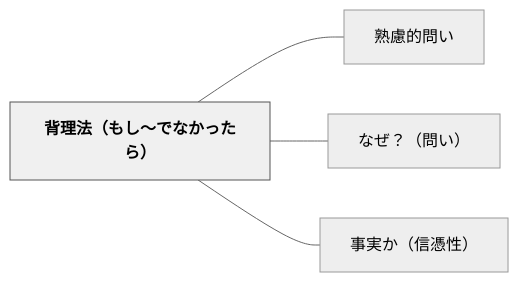
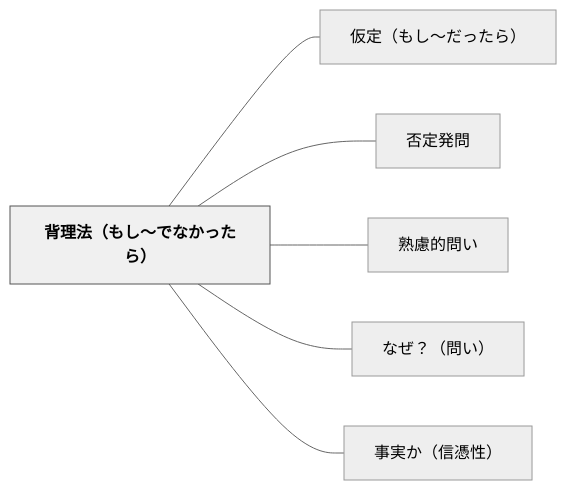
One commit to unknownthings-ed-patterns/unknownthings-ed-patterns changed the diagram in content/パタン/背理法（もし〜でなかったら）.md. Above: the diagram before and after it, drawn with Mermaid (neutral theme). The commit also changed other lines of this file and 473 other files, not shown here.

````diff
--- a/content/パタン/背理法（もし〜でなかったら）.md
+++ b/content/パタン/背理法（もし〜でなかったら）.md
@@ -40,14 +42,18 @@
 ```mermaid
 flowchart LR
     ne8838ce79086["背理法（もし〜でなかったら）"]
+    ne4bbaee5ae9a["仮定（もし〜だったら）"]
+    ne590a6e5ae9a["否定発問"]
     ne7869fe685ae["熟慮的問い"]
     ne381aae3819c["なぜ？（問い）"]
     ne4ba8be5ae9f["事実か（信憑性）"]
 
+    ne8838ce79086 --- ne4bbaee5ae9a
+    ne8838ce79086 --- ne590a6e5ae9a
     ne8838ce79086 --- ne7869fe685ae
     ne8838ce79086 --- ne381aae3819c
     ne8838ce79086 --- ne4ba8be5ae9f
 
     classDef hub fill:#f0f0f0,stroke:#555,color:#000,font-weight:bold
     class ne8838ce79086 hub
 ```
````
